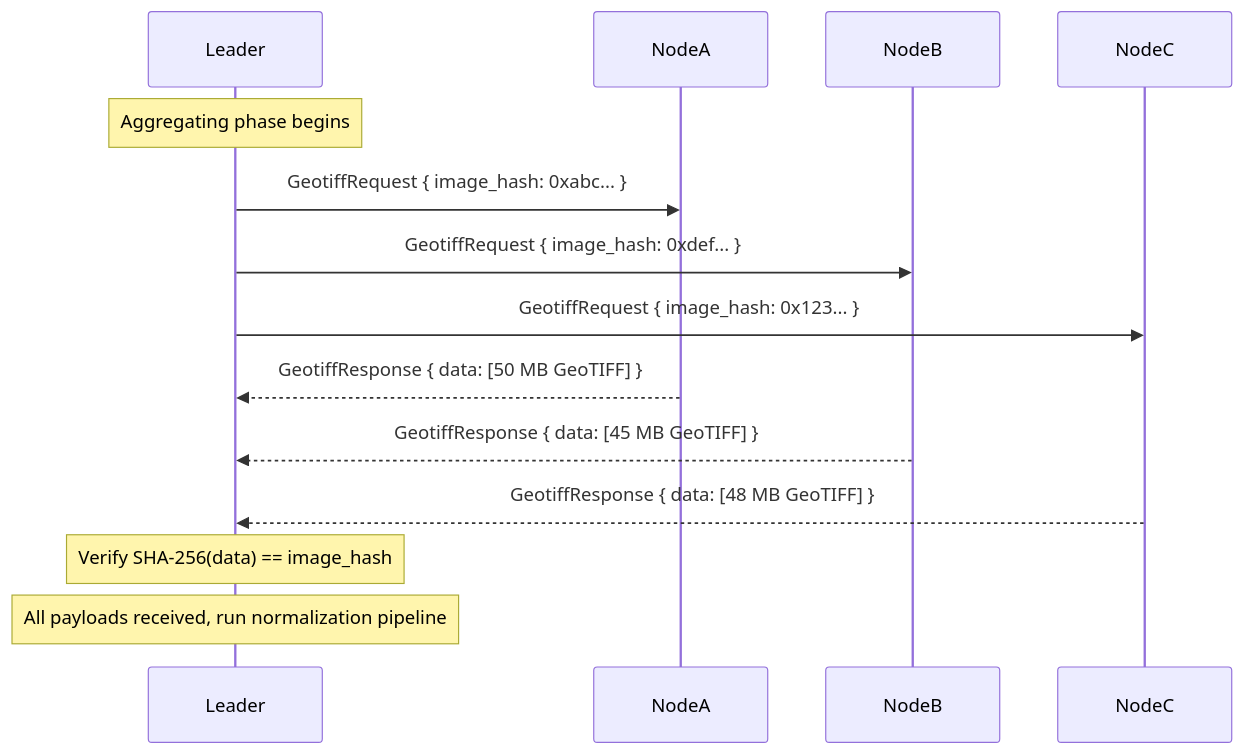
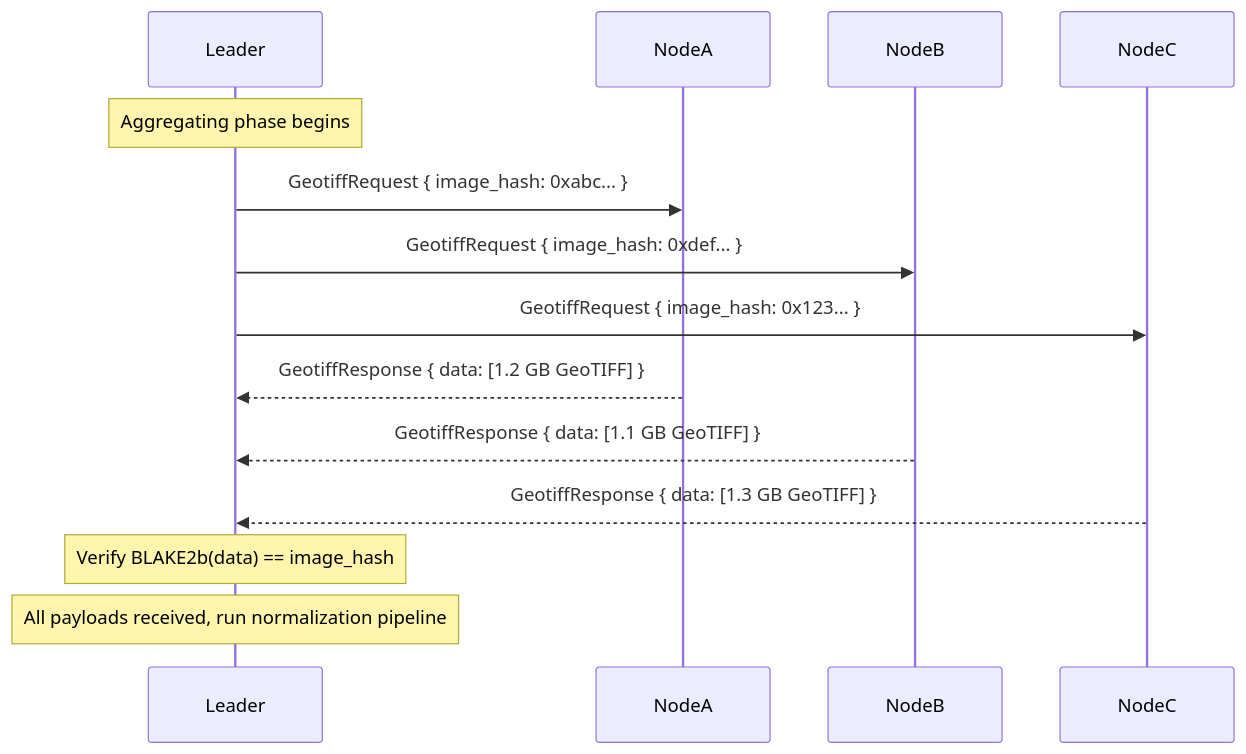
One commit to Hubble-Labs/iris changed the ninth of 12 diagrams in docs/architecture.md. Above: the diagram before and after it, drawn with Mermaid. The commit also changed other lines of this file, not shown here.

Commit message:
docs: add architecture overview document for Iris Protocol

````diff
--- a/docs/architecture.md
+++ b/docs/architecture.md
@@ -471,20 +502,20 @@
 ```mermaid
 sequenceDiagram
     participant Leader
     participant NodeA
     participant NodeB
     participant NodeC
 
     Note over Leader: Aggregating phase begins
 
     Leader->>NodeA: GeotiffRequest { image_hash: 0xabc... }
     Leader->>NodeB: GeotiffRequest { image_hash: 0xdef... }
     Leader->>NodeC: GeotiffRequest { image_hash: 0x123... }
 
-    NodeA-->>Leader: GeotiffResponse { data: [50 MB GeoTIFF] }
-    NodeB-->>Leader: GeotiffResponse { data: [45 MB GeoTIFF] }
-    NodeC-->>Leader: GeotiffResponse { data: [48 MB GeoTIFF] }
+    NodeA-->>Leader: GeotiffResponse { data: [1.2 GB GeoTIFF] }
+    NodeB-->>Leader: GeotiffResponse { data: [1.1 GB GeoTIFF] }
+    NodeC-->>Leader: GeotiffResponse { data: [1.3 GB GeoTIFF] }
 
-    Note over Leader: Verify SHA-256(data) == image_hash
+    Note over Leader: Verify BLAKE2b(data) == image_hash
     Note over Leader: All payloads received, run normalization pipeline
 ```
````
